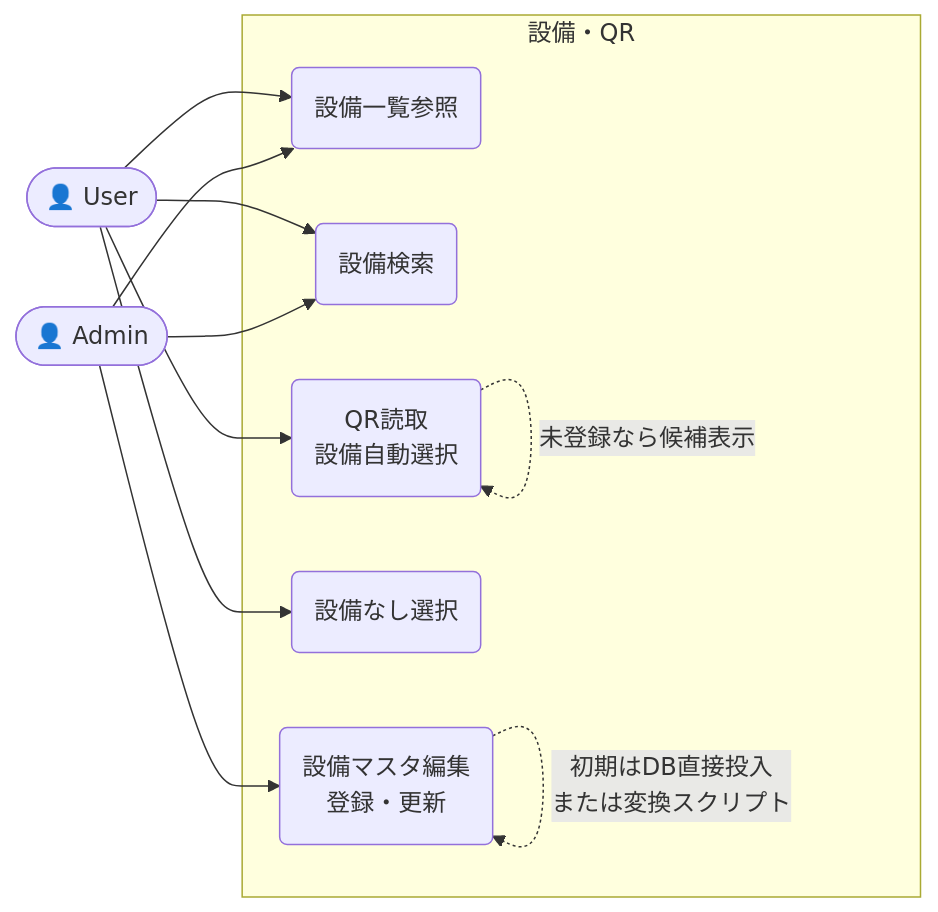
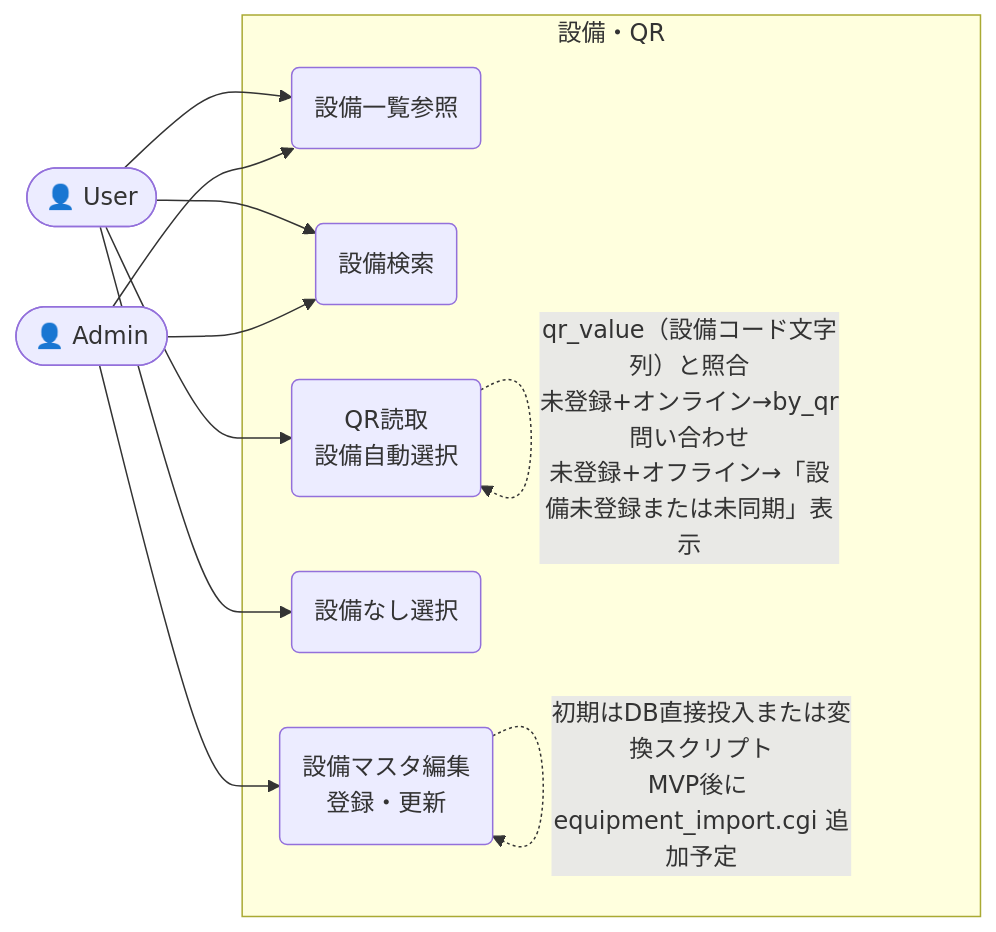
One commit to garyohosu/worklog-pwa changed the third of 7 diagrams in USECASE.md. Above: the diagram before and after it, drawn with Mermaid. The commit also changed other lines of this file and 1 other file, not shown here.

````diff
--- a/USECASE.md
+++ b/USECASE.md
@@ -81,26 +92,25 @@
 ```mermaid
 graph LR
   User(["👤 User"])
   Admin(["👤 Admin"])
 
   subgraph EQ["設備・QR"]
     EL("設備一覧参照")
     ES("設備検索")
     QR("QR読取\n設備自動選択")
     NS("設備なし選択")
     EM("設備マスタ編集\n登録・更新")
   end
 
   User --> EL
   User --> ES
   User --> QR
   User --> NS
 
   Admin --> EL
   Admin --> ES
   Admin --> EM
 
-  QR -. "qr_value（設備コード文字列）\nと照合" .-> QR
-  QR -. "未登録なら候補表示" .-> QR
-  EM -. "初期はDB直接投入\nまたは変換スクリプト" .-> EM
+  QR -. "qr_value（設備コード文字列）と照合\n未登録+オンライン→by_qr問い合わせ\n未登録+オフライン→「設備未登録または未同期」表示" .-> QR
+  EM -. "初期はDB直接投入または変換スクリプト\nMVP後に equipment_import.cgi 追加予定" .-> EM
 ```
````
